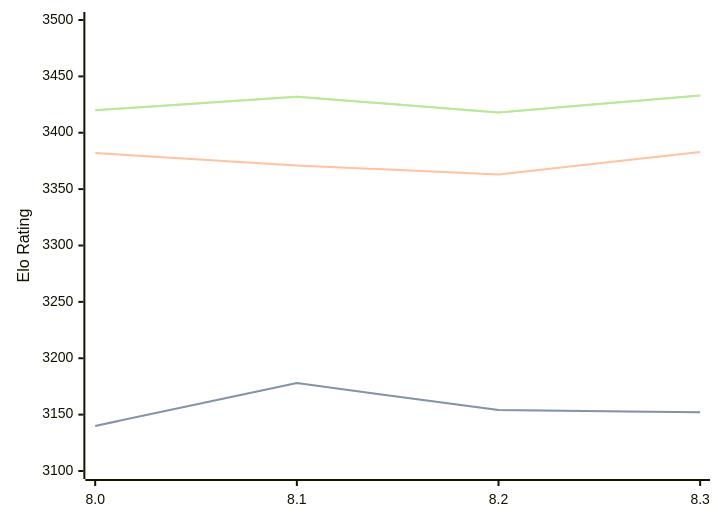
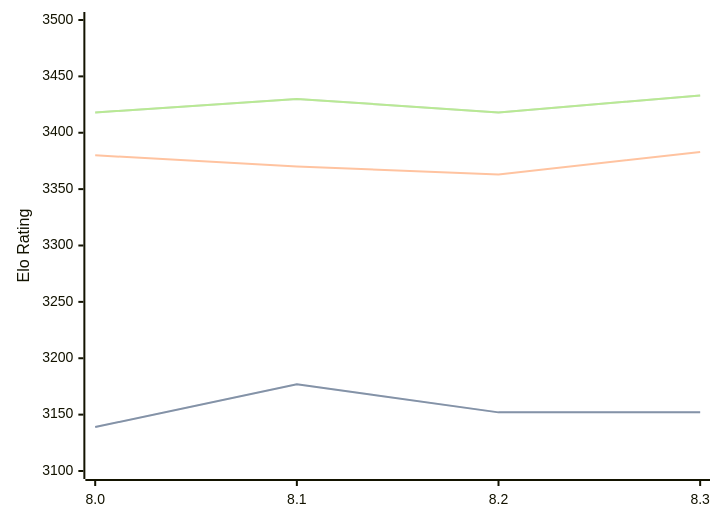
The diagram in engines/Alexander.md (computer-chess-index/cci), drawn with Mermaid before and after one commit. The commit also changed other lines of this file, not shown here.

Commit message:
Update CCI Ratings (ELO VLTC) - 2026-09-01

````diff
--- a/engines/Alexander.md
+++ b/engines/Alexander.md
@@ -34,11 +34,11 @@
 ```mermaid
 %%{init: {"theme":"base","themeVariables":{"seriesColors:['#a3a3a3','#222221','#faa371']}}}%%
 xychart-beta
   x-axis ["8.0", "8.1", "8.2", "8.3"]
   y-axis "Elo Rating" 3100 --> 3500
-  line "" [3140, 3178, 3154, 3152]
-  line "STC (8.0+0.08s)" [3140, 3178, 3154, 3152]
-  line "LTC (60.0+0.60s)" [3382, 3371, 3363, 3383]
-  line "" [3420, 3432, 3418, 3433]
-  line "VLTC (2m24s+1.12s)" [3420, 3432, 3418, 3433]
+  line "" [3139, 3177, 3152, 3152]
+  line "STC (8.0+0.08s)" [3139, 3177, 3152, 3152]
+  line "LTC (60.0+0.60s)" [3380, 3370, 3363, 3383]
+  line "" [3418, 3430, 3418, 3433]
+  line "VLTC (2m24s+1.12s)" [3418, 3430, 3418, 3433]
 ```
````
